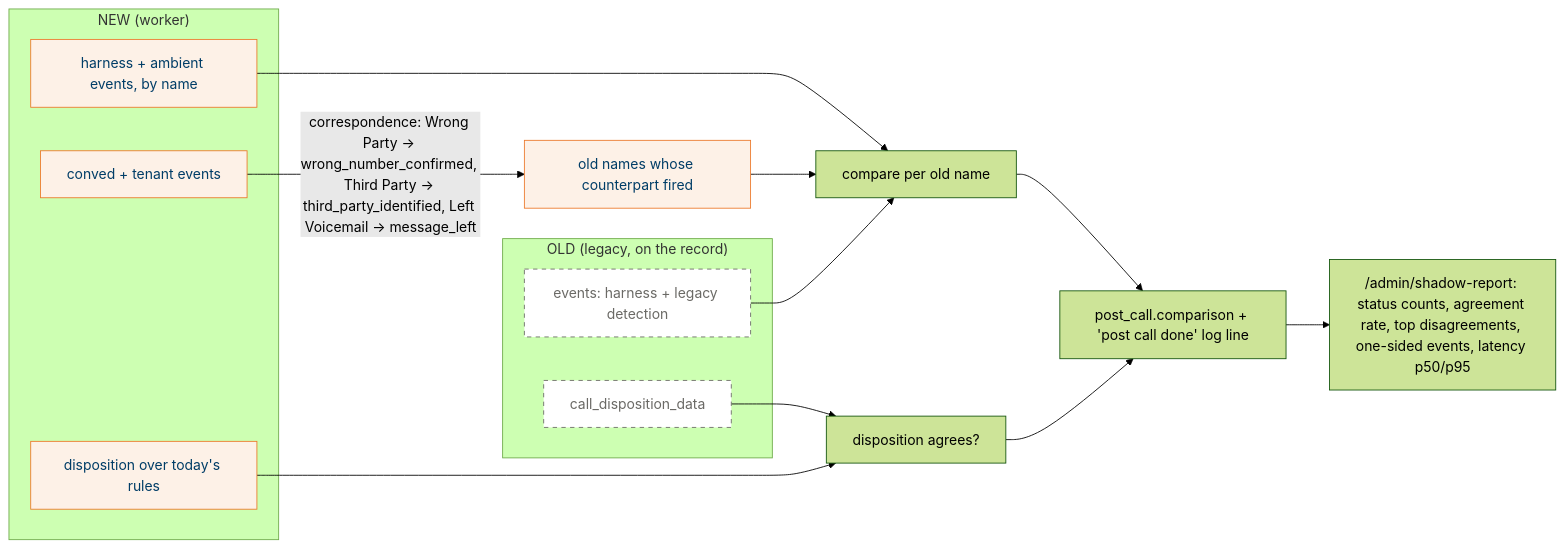
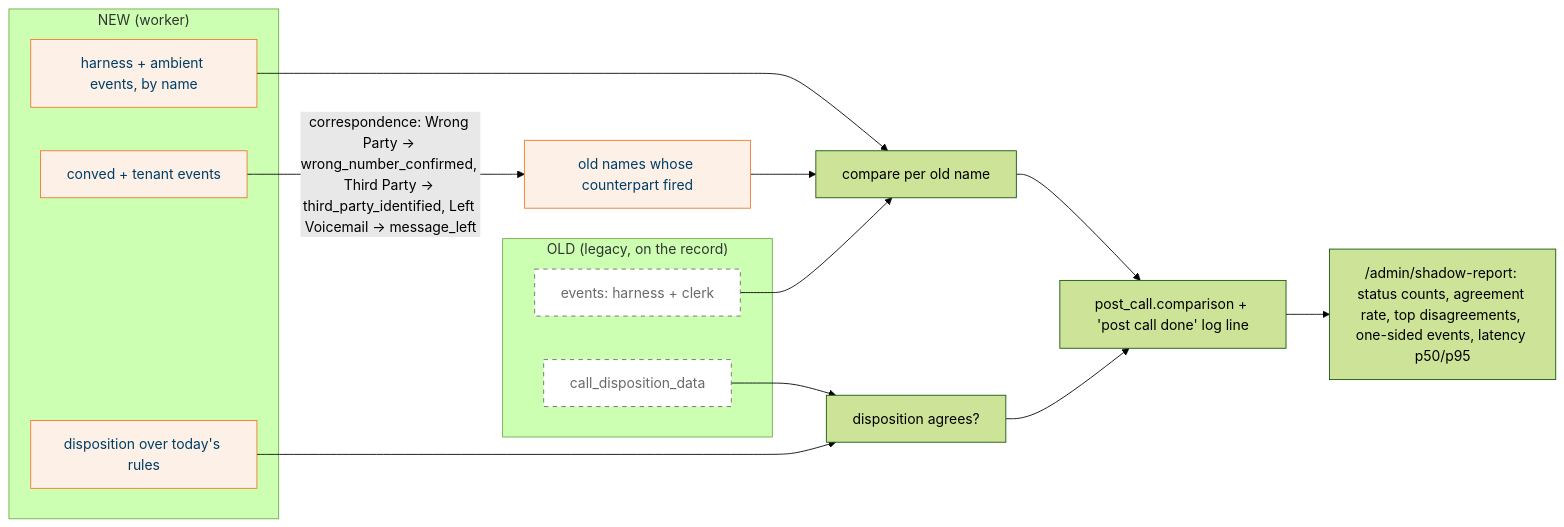
The diagram in home/dot_claude/skills/elih/examples/post-call-event-gen/chunks/scorecard.md (mynk93/dotfiles), drawn with Mermaid (forest theme) before and after one commit. The commit also changed 17 other files, not shown here.

````diff
--- a/home/dot_claude/skills/elih/examples/post-call-event-gen/chunks/scorecard.md
+++ b/home/dot_claude/skills/elih/examples/post-call-event-gen/chunks/scorecard.md
@@ -15,23 +15,23 @@
 ```mermaid
 flowchart LR
     classDef old stroke-dasharray:5 5,stroke:#6B6A66,color:#6B6A66,fill:#fff
     classDef new fill:#FDF1E7,stroke:#EC792B,color:#003D67
     subgraph OLD["OLD (legacy, on the record)"]
-        OE["events: harness + legacy detection"]:::old
+        OE["events: harness + clerk"]:::old
         OD["call_disposition_data"]:::old
     end
     subgraph NEW["NEW (worker)"]
         NE["harness + ambient events, by name"]:::new
         NC["conved + tenant events"]:::new
         NDISP["disposition over today's rules"]:::new
     end
     NC -->|"correspondence: Wrong Party -> wrong_number_confirmed, Third Party -> third_party_identified, Left Voicemail -> message_left"| MAP["old names whose counterpart fired"]:::new
     NE --> CMP["compare per old name"]
     MAP --> CMP
     OE --> CMP
     OD --> CMPD["disposition agrees?"]
     NDISP --> CMPD
     CMP --> REC["post_call.comparison + 'post call done' log line"]
     CMPD --> REC
     REC --> REP["/admin/shadow-report: status counts, agreement rate, top disagreements, one-sided events, latency p50/p95"]
 ```
````
